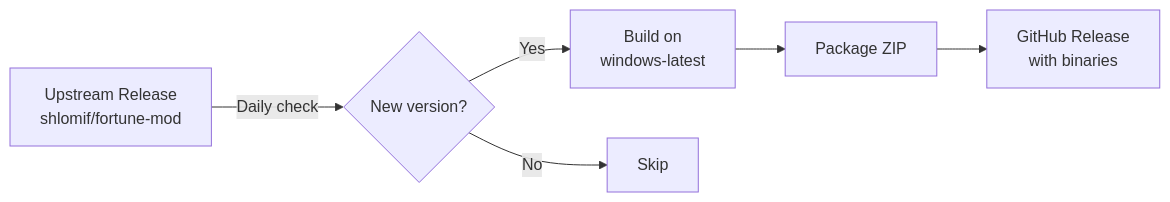
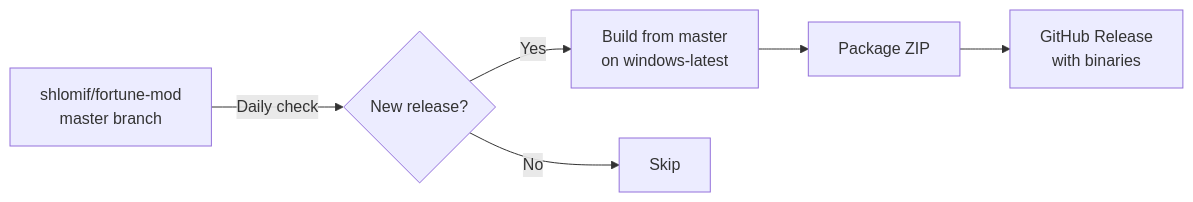
One commit to latipun7/fortune-mod-windows-builder changed the diagram in README.md. Above: the diagram before and after it, drawn with Mermaid. The commit also changed other lines of this file, not shown here.

Commit message:
docs: update README for master branch build + DLL bundling

````diff
--- a/README.md
+++ b/README.md
@@ -11,8 +11,8 @@
 ```mermaid
 flowchart LR
-    A[Upstream Release<br/>shlomif/fortune-mod] -->|Daily check| B{New version?}
-    B -->|Yes| C[Build on<br/>windows-latest]
+    A[shlomif/fortune-mod<br/>master branch] -->|Daily check| B{New release?}
+    B -->|Yes| C[Build from master<br/>on windows-latest]
     C --> D[Package ZIP]
     D --> E[GitHub Release<br/>with binaries]
     B -->|No| F[Skip]
 ```
````
